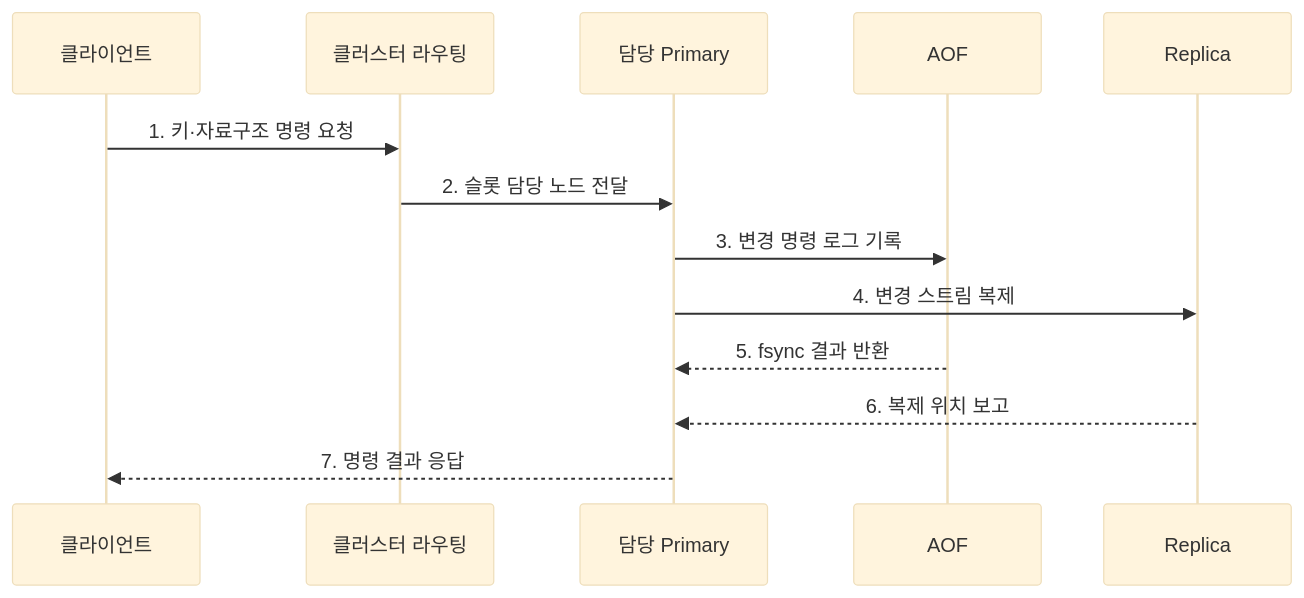
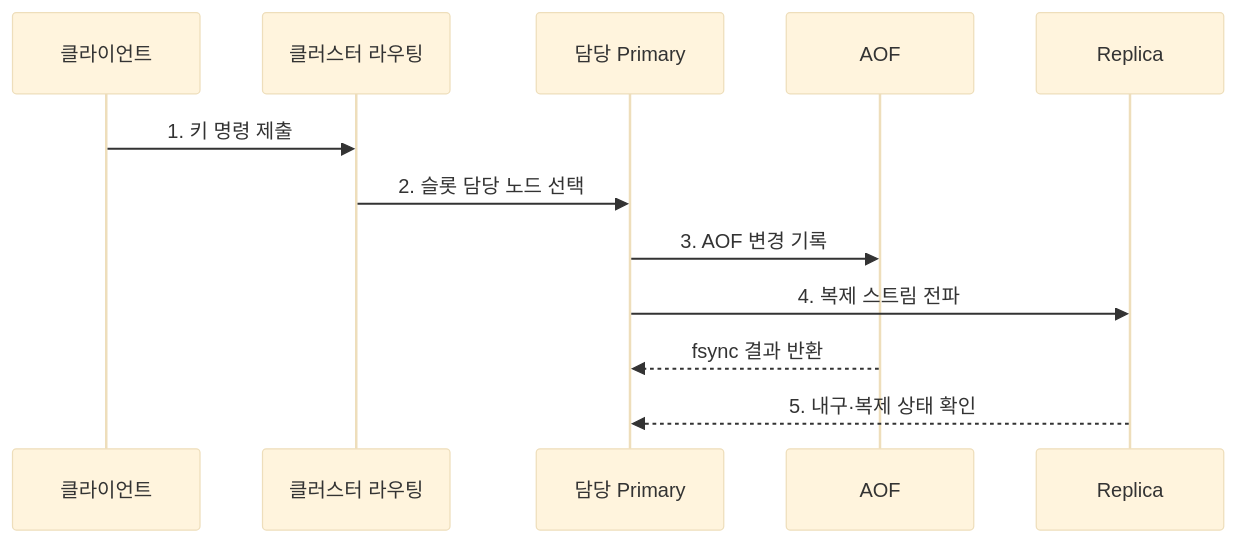
One commit to agnusdei1207/knowledge-base changed the second of 2 diagrams in src/content/docs/notes/03-software/107_redis_in_memory_database.md. Above: the diagram before and after it, drawn with Mermaid (base theme). The commit also changed other lines of this file and 238 other files, not shown here.

````diff
--- a/src/content/docs/notes/03-software/107_redis_in_memory_database.md
+++ b/src/content/docs/notes/03-software/107_redis_in_memory_database.md
@@ -80,15 +80,14 @@
 ```mermaid
 sequenceDiagram
     participant C as 클라이언트
     participant R as 클러스터 라우팅
     participant P as 담당 Primary
     participant A as AOF
     participant S as Replica
-    C->>R: 1. 키·자료구조 명령 요청
-    R->>P: 2. 슬롯 담당 노드 전달
-    P->>A: 3. 변경 명령 로그 기록
-    P->>S: 4. 변경 스트림 복제
-    A-->>P: 5. fsync 결과 반환
-    S-->>P: 6. 복제 위치 보고
-    P-->>C: 7. 명령 결과 응답
+    C->>R: 1. 키 명령 제출
+    R->>P: 2. 슬롯 담당 노드 선택
+    P->>A: 3. AOF 변경 기록
+    P->>S: 4. 복제 스트림 전파
+    A-->>P: fsync 결과 반환
+    S-->>P: 5. 내구·복제 상태 확인
 ```
````
